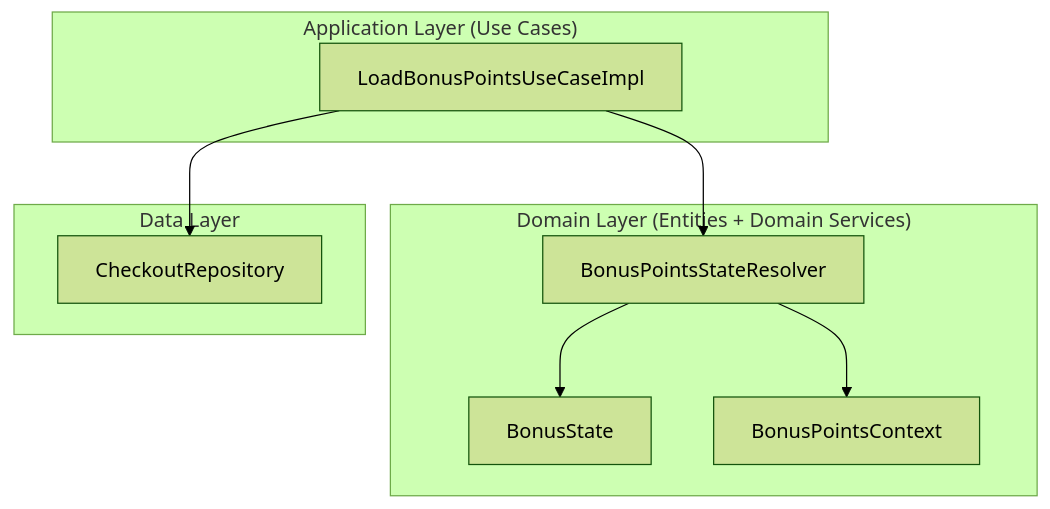
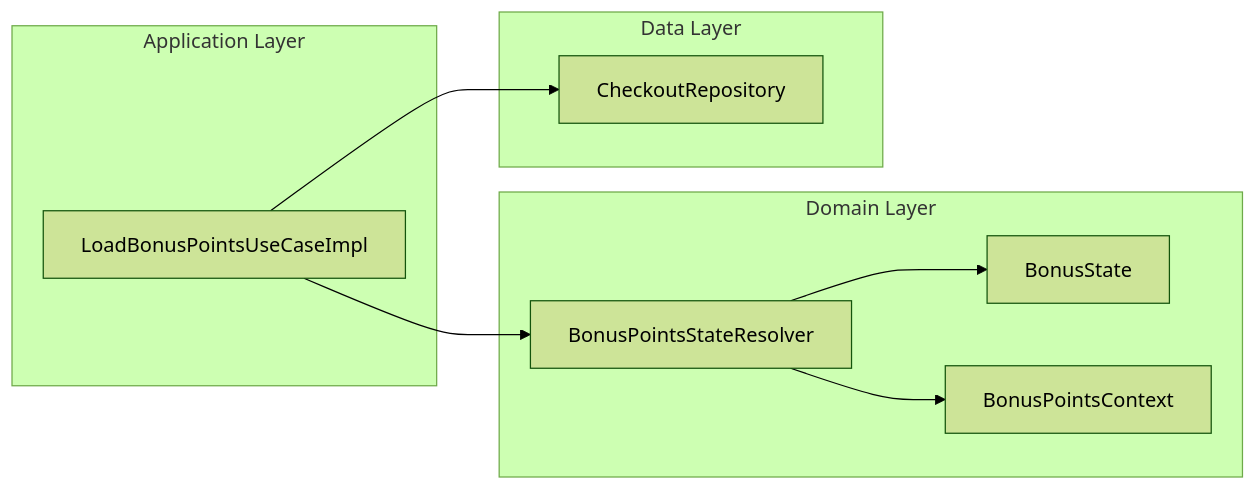
The first of 6 diagrams in README.md (z0rgoyok/clean-architecture-domain-service), drawn with Mermaid (forest theme) before and after one commit.

Commit message:
Fix mermaid diagram: use LR layout to prevent arrow overlap

````diff
--- a/README.md
+++ b/README.md
@@ -24,21 +24,21 @@
 ```mermaid
-graph TB
-    subgraph "Application Layer (Use Cases)"
+graph LR
+    subgraph APP["Application Layer"]
         UC[LoadBonusPointsUseCaseImpl]
     end
 
-    subgraph "Domain Layer (Entities + Domain Services)"
+    subgraph DOMAIN["Domain Layer"]
         DS[BonusPointsStateResolver]
         E1[BonusState]
         E2[BonusPointsContext]
     end
 
-    subgraph "Data Layer"
+    subgraph DATA["Data Layer"]
         R[CheckoutRepository]
     end
 
     UC --> DS
     UC --> R
     DS --> E1
     DS --> E2
 ```
````
